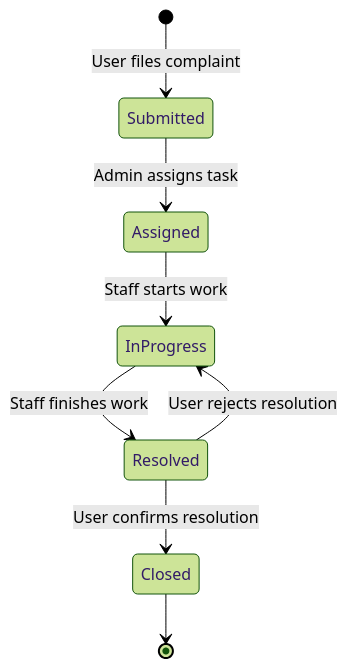
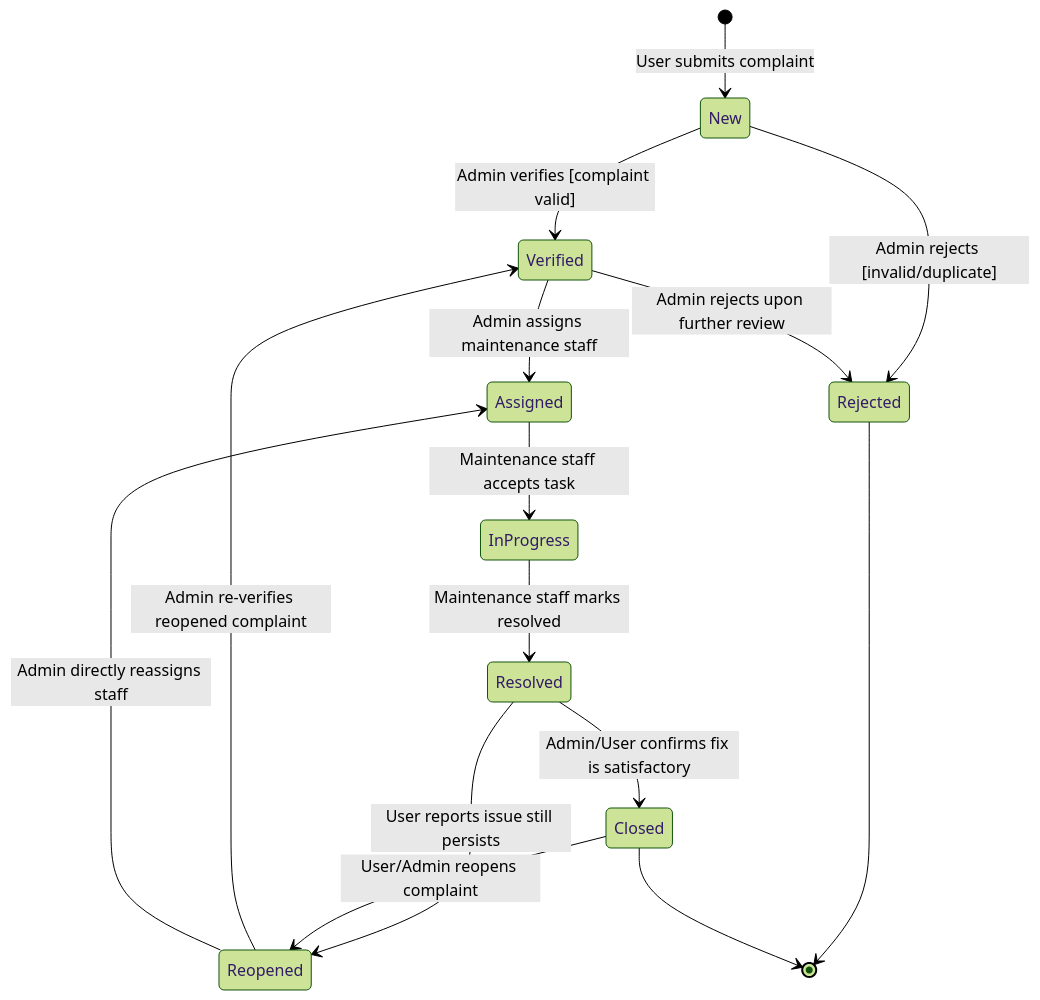
The diagram in docs/lab-experiments/05-state-chart.md (karthikeyangullipalli/Campus-Complaint-Maintenance-Management-System), drawn with Mermaid (forest theme) before and after one commit. The commit also changed other lines of this file and 31 other files, not shown here.

````diff
--- a/docs/lab-experiments/05-state-chart.md
+++ b/docs/lab-experiments/05-state-chart.md
@@ -27,10 +40,25 @@
 ```mermaid
 stateDiagram-v2
-    [*] --> Submitted : User files complaint
-    Submitted --> Assigned : Admin assigns task
-    Assigned --> InProgress : Staff starts work
-    InProgress --> Resolved : Staff finishes work
-    Resolved --> Closed : User confirms resolution
-    Resolved --> InProgress : User rejects resolution
+    [*] --> New : User submits complaint
+
+    New --> Verified : Admin verifies [complaint valid]
+    New --> Rejected : Admin rejects [invalid/duplicate]
+
+    Verified --> Assigned : Admin assigns maintenance staff
+    Verified --> Rejected : Admin rejects upon further review
+
+    Assigned --> InProgress : Maintenance staff accepts task
+
+    InProgress --> Resolved : Maintenance staff marks resolved
+
+    Resolved --> Closed : Admin/User confirms fix is satisfactory
+    Resolved --> Reopened : User reports issue still persists
+
+    Closed --> Reopened : User/Admin reopens complaint
+
+    Reopened --> Verified : Admin re-verifies reopened complaint
+    Reopened --> Assigned : Admin directly reassigns staff
+
+    Rejected --> [*]
     Closed --> [*]
 ```
````
